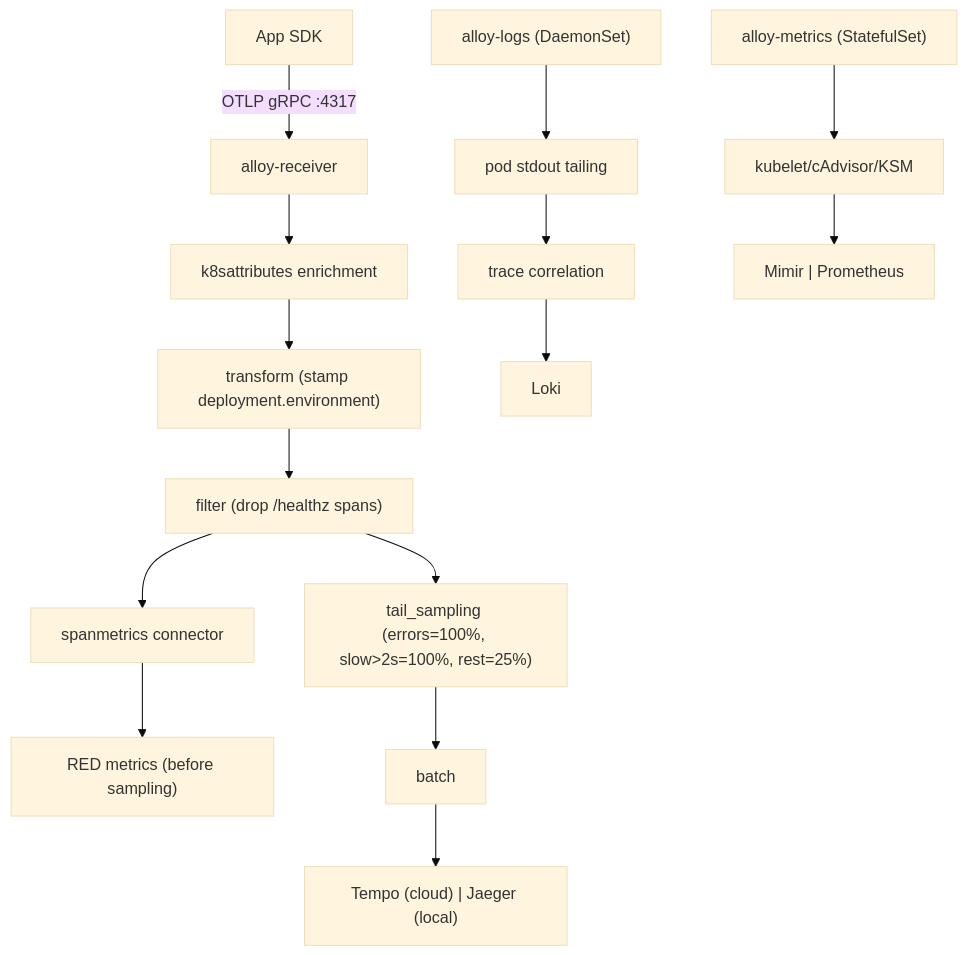
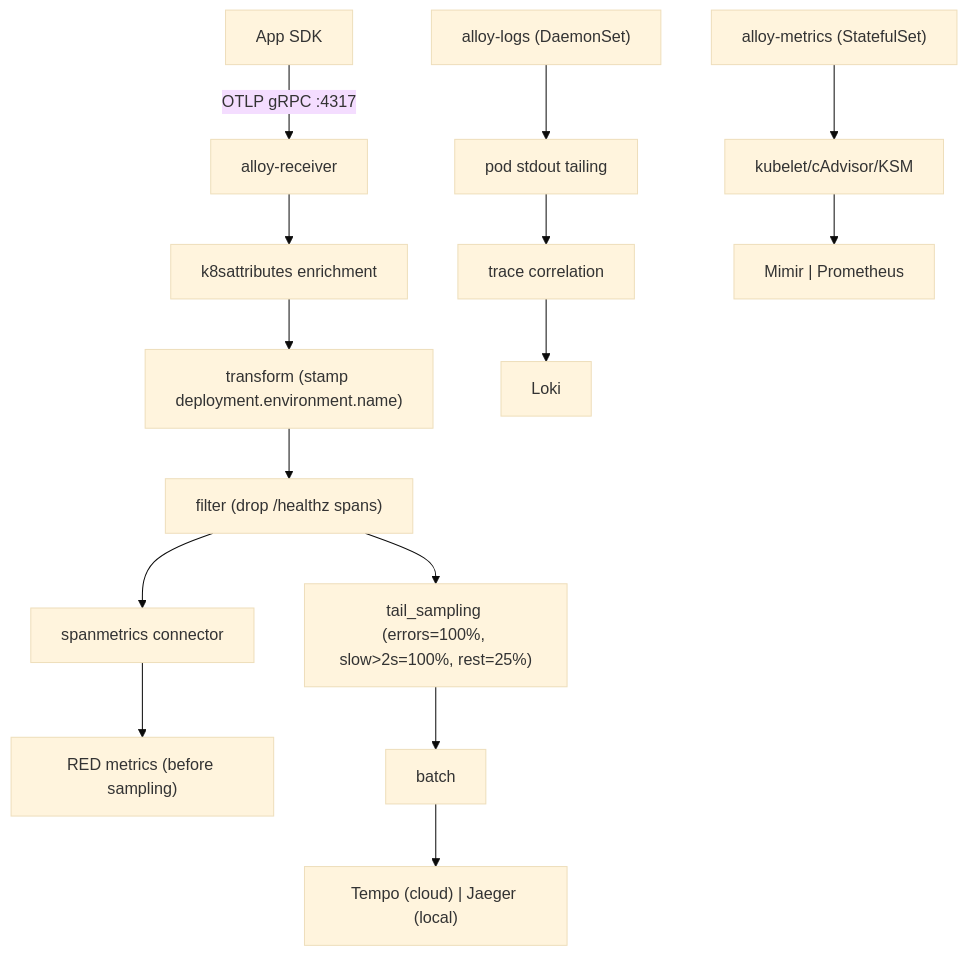
One commit to shipsolid/signal-forge changed the second of 3 diagrams in README.md. Above: the diagram before and after it, drawn with Mermaid (base theme). The commit also changed other lines of this file and 11 other files, not shown here.

````diff
--- a/README.md
+++ b/README.md
@@ -64,16 +64,16 @@
 ```mermaid
 flowchart TD
     SDK["App SDK"] -->|OTLP gRPC :4317| Receiver[alloy-receiver]
     Receiver --> K8sAttrs[k8sattributes enrichment]
-    K8sAttrs --> Transform["transform (stamp deployment.environment)"]
+    K8sAttrs --> Transform["transform (stamp deployment.environment.name)"]
     Transform --> Filter["filter (drop /healthz spans)"]
     Filter --> SpanMetrics[spanmetrics connector]
     SpanMetrics --> RED["RED metrics (before sampling)"]
     Filter --> TailSampling["tail_sampling (errors=100%, slow>2s=100%, rest=25%)"]
     TailSampling --> Batch[batch]
     Batch --> Backend1["Tempo (cloud) | Jaeger (local)"]
 
     Logs["alloy-logs (DaemonSet)"] --> LogsTail["pod stdout tailing"] --> LogsCorr["trace correlation"] --> Loki[Loki]
 
     Metrics["alloy-metrics (StatefulSet)"] --> MetricsScrape["kubelet/cAdvisor/KSM"] --> Backend2["Mimir | Prometheus"]
 ```
````
